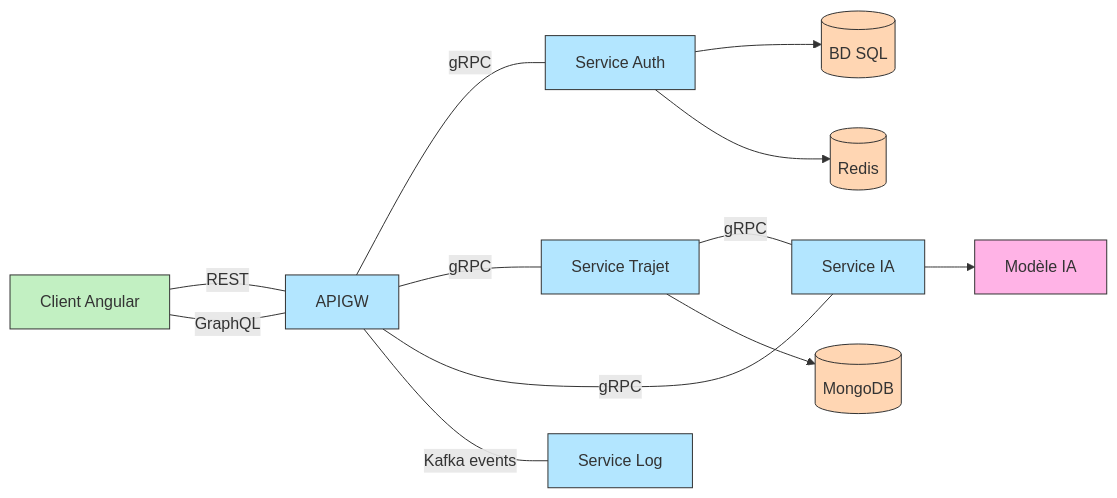
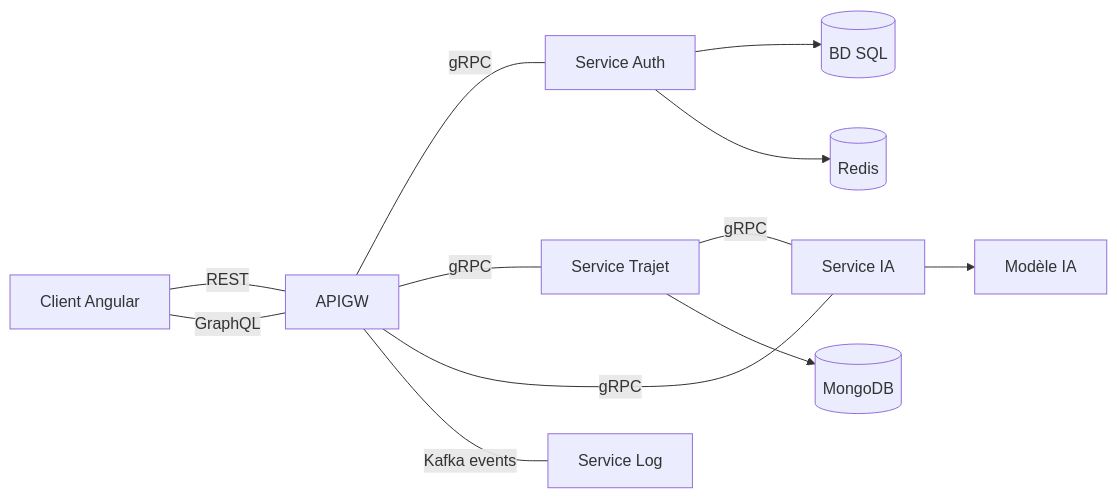
The diagram in README.md (abderrahmenyoussef/App-Covoiturage-Microservices), drawn with Mermaid before and after one commit. The commit also changed other lines of this file, not shown here.

````diff
--- a/README.md
+++ b/README.md
@@ -29,27 +44,22 @@
 ```mermaid
 graph LR
 Client["Client Angular"] ---|REST| APIGW
 Client ---|GraphQL| APIGW
 APIGW ---|gRPC| AuthService["Service Auth"]
 APIGW ---|gRPC| TripService["Service Trajet"]
 APIGW ---|gRPC| IAService["Service IA"]
 APIGW ---|Kafka events| LogService["Service Log"]
 
 TripService ---|gRPC| IAService
 
 AuthService --> SQL[(BD SQL)]
 AuthService --> Redis[(Redis)]
 
 TripService --> MongoDB[(MongoDB)]
 IAService --> IAModel["Modèle IA"]
 
-classDef microservice fill:#b3e6ff,stroke:#333;
-classDef database fill:#ffd6b3,stroke:#333;
-classDef client fill:#c2f0c2,stroke:#333;
-classDef ai fill:#ffb3e6,stroke:#333;
-
-class APIGW,AuthService,TripService,IAService,LogService microservice;
-class SQL,Redis,MongoDB database;
-class Client client;
-class IAModel ai;
+class APIGW,AuthService,TripService,IAService,LogService microservice
+class SQL,Redis,MongoDB database
+class Client client
+class IAModel ai
 ```
````
